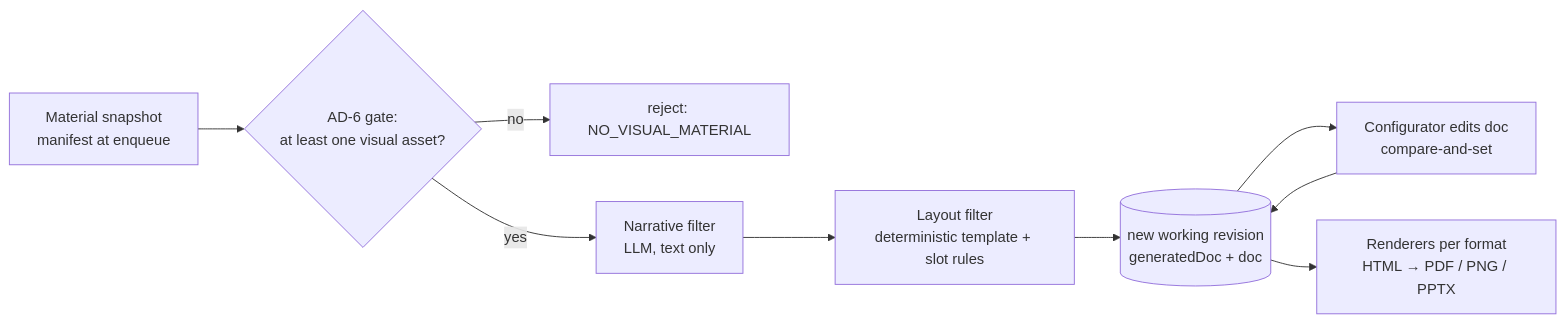
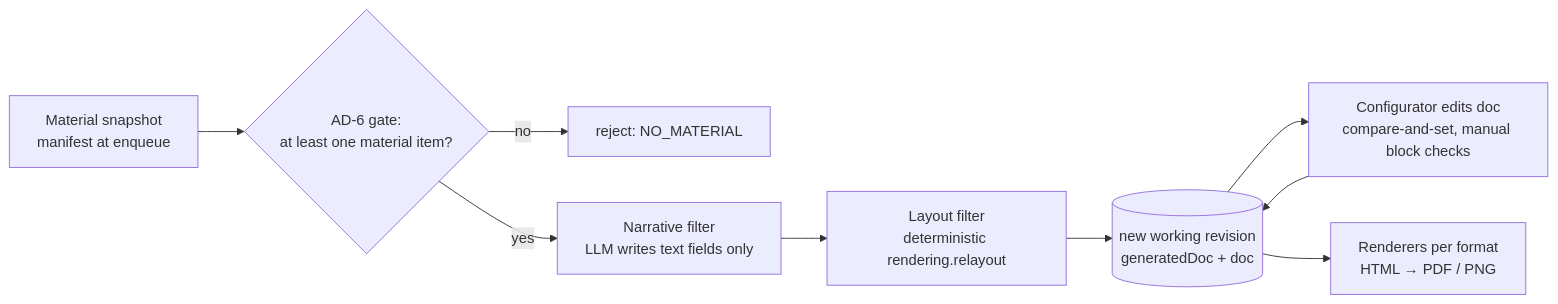
Before and after one commit to mac-sonja/mac-recap: the second of 5 diagrams in _bmad-output/planning-artifacts/architecture/architecture-MAC Recap-2026-10-08/ARCHITECTURE-SPINE.md, drawn with Mermaid. The commit also changed other lines of this file and 5 other files, not shown here.

First line of the commit message:
Update MAC Recap architecture spine to PRD v2

````diff
--- a/_bmad-output/planning-artifacts/architecture/architecture-MAC Recap-2026-10-08/ARCHITECTURE-SPINE.md
+++ b/_bmad-output/planning-artifacts/architecture/architecture-MAC Recap-2026-10-08/ARCHITECTURE-SPINE.md
@@ -45,11 +50,11 @@
 ```mermaid
 flowchart LR
-  M[Material snapshot<br/>manifest at enqueue] --> G{AD-6 gate:<br/>at least one visual asset?}
-  G -- no --> X[reject: NO_VISUAL_MATERIAL]
-  G -- yes --> N[Narrative filter<br/>LLM, text only]
-  N --> L[Layout filter<br/>deterministic template + slot rules]
+  M[Material snapshot<br/>manifest at enqueue] --> G{AD-6 gate:<br/>at least one material item?}
+  G -- no --> X[reject: NO_MATERIAL]
+  G -- yes --> N[Narrative filter<br/>LLM writes text fields only]
+  N --> L[Layout filter<br/>deterministic rendering.relayout]
   L --> D[(new working revision<br/>generatedDoc + doc)]
-  D --> C[Configurator edits doc<br/>compare-and-set]
+  D --> C[Configurator edits doc<br/>compare-and-set, manual block checks]
   C --> D
-  D --> R[Renderers per format<br/>HTML → PDF / PNG / PPTX]
+  D --> R[Renderers per format<br/>HTML → PDF / PNG]
 ```
````
